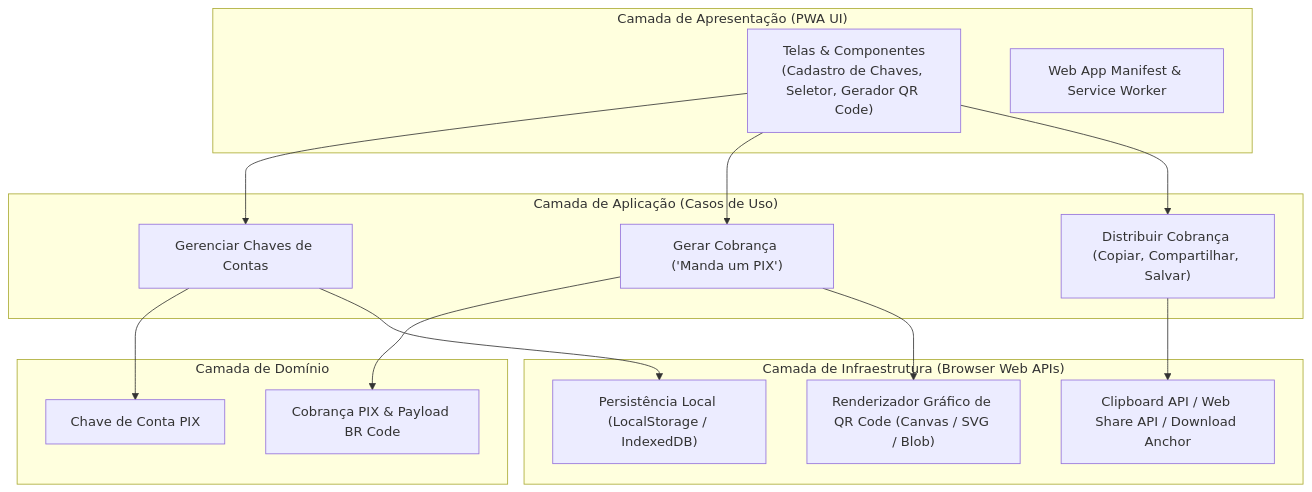
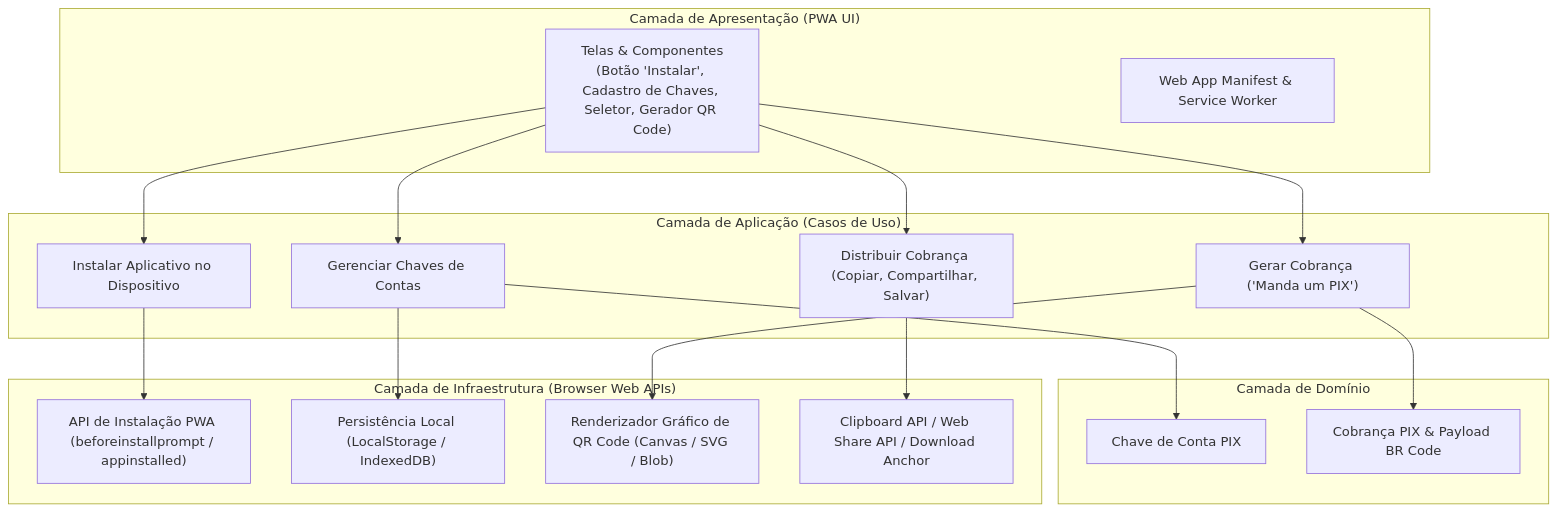
Before and after one commit to luizcanet/mandaumpix.app: the diagram in docs/architecture/overview.md, drawn with Mermaid. The commit also changed other lines of this file and 10 other files, not shown here.

````diff
--- a/docs/architecture/overview.md
+++ b/docs/architecture/overview.md
@@ -26,31 +26,34 @@
 ```mermaid
 flowchart TD
     subgraph UI["Camada de Apresentação (PWA UI)"]
-        Views["Telas & Componentes<br/>(Cadastro de Chaves, Seletor, Gerador QR Code)"]
+        Views["Telas & Componentes<br/>(Botão 'Instalar', Cadastro de Chaves, Seletor, Gerador QR Code)"]
         PWAAssets["Web App Manifest & Service Worker"]
     end
 
     subgraph AppLayer["Camada de Aplicação (Casos de Uso)"]
+        UC0["Instalar Aplicativo no Dispositivo"]
         UC1["Gerenciar Chaves de Contas"]
         UC2["Gerar Cobrança ('Manda um PIX')"]
         UC3["Distribuir Cobrança (Copiar, Compartilhar, Salvar)"]
     end
 
     subgraph Domain["Camada de Domínio"]
         EntKey["Chave de Conta PIX"]
         EntCharge["Cobrança PIX & Payload BR Code"]
     end
 
     subgraph Infra["Camada de Infraestrutura (Browser Web APIs)"]
+        PWAInstall["API de Instalação PWA (beforeinstallprompt / appinstalled)"]
         Storage["Persistência Local (LocalStorage / IndexedDB)"]
         QRGen["Renderizador Gráfico de QR Code (Canvas / SVG / Blob)"]
         ShareClip["Clipboard API / Web Share API / Download Anchor"]
     end
 
-    Views --> UC1 & UC2 & UC3
+    Views --> UC0 & UC1 & UC2 & UC3
+    UC0 --> PWAInstall
     UC1 --> EntKey
     UC2 --> EntCharge
     UC1 --> Storage
     UC2 --> QRGen
     UC3 --> ShareClip
 ```
````
